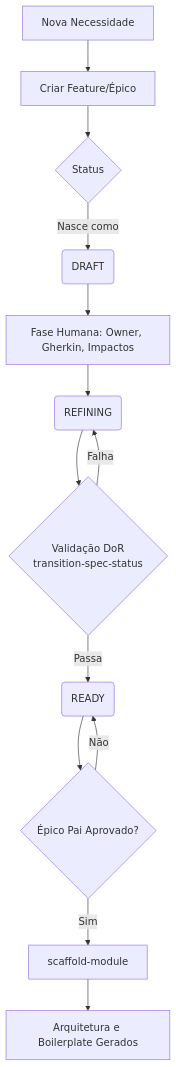
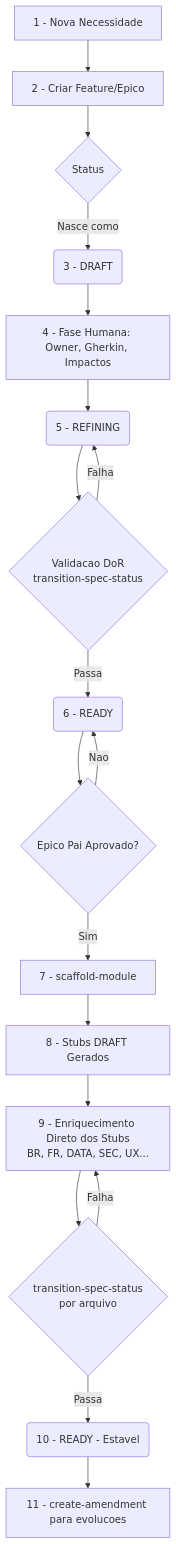
Before and after one commit to sulivanti/easycf: the first of 3 diagrams in docs/01_normativos/DOC-DEV-002_fluxo_agentes_e_governanca.md, drawn with Mermaid. The commit also changed other lines of this file and 17 other files, not shown here.

````diff
--- a/docs/01_normativos/DOC-DEV-002_fluxo_agentes_e_governanca.md
+++ b/docs/01_normativos/DOC-DEV-002_fluxo_agentes_e_governanca.md
@@ -15,15 +15,20 @@
 ```mermaid
 flowchart TD
-    A[Nova Necessidade] --> B[Criar Feature/Épico]
+    A["1 - Nova Necessidade"] --> B["2 - Criar Feature/Epico"]
     B --> C{Status}
-    C -->|Nasce como| D(DRAFT)
-    D --> E[Fase Humana: Owner, Gherkin, Impactos]
-    E --> F(REFINING)
-    F --> G{Validação DoR<br>transition-spec-status}
+    C -->|Nasce como| D("3 - DRAFT")
+    D --> E["4 - Fase Humana: Owner, Gherkin, Impactos"]
+    E --> F("5 - REFINING")
+    F --> G{"Validacao DoR\ntransition-spec-status"}
     G -->|Falha| F
-    G -->|Passa| H(READY)
-    H --> I{Épico Pai Aprovado?}
-    I -->|Não| H
-    I -->|Sim| J[scaffold-module]
-    J --> K[Arquitetura e Boilerplate Gerados]
+    G -->|Passa| H("6 - READY")
+    H --> I{"Epico Pai Aprovado?"}
+    I -->|Nao| H
+    I -->|Sim| J["7 - scaffold-module"]
+    J --> K["8 - Stubs DRAFT Gerados"]
+    K --> L["9 - Enriquecimento Direto dos Stubs\nBR, FR, DATA, SEC, UX..."]
+    L --> M{"transition-spec-status\npor arquivo"}
+    M -->|Falha| L
+    M -->|Passa| N("10 - READY - Estavel")
+    N --> O["11 - create-amendment para evolucoes"]
 ```
````
